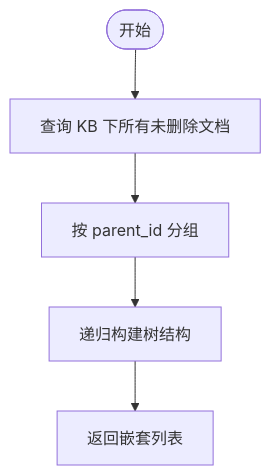
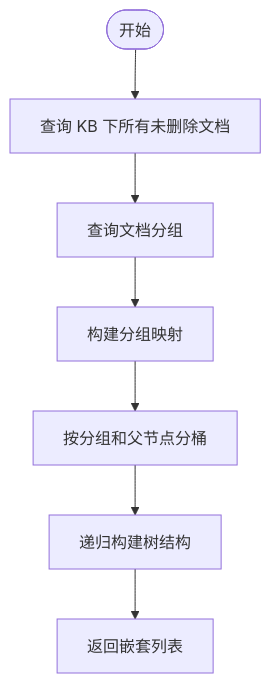
Before and after one commit to beyondalbert/my_wiki: the third of 8 diagrams in .qoder/repowiki/zh/content/架构设计/服务层架构/文档管理服务.md, drawn with Mermaid. The commit also changed other lines of this file and 3 other files, not shown here.

````diff
--- a/.qoder/repowiki/zh/content/架构设计/服务层架构/文档管理服务.md
+++ b/.qoder/repowiki/zh/content/架构设计/服务层架构/文档管理服务.md
@@ -168,7 +178,9 @@
 ```mermaid
 flowchart TD
 Start(["开始"]) --> Query["查询 KB 下所有未删除文档"]
-Query --> Group["按 parent_id 分组"]
-Group --> Build["递归构建树结构"]
+Query --> Groups["查询文档分组"]
+Groups --> GroupMap["构建分组映射"]
+GroupMap --> Bucket["按分组和父节点分桶"]
+Bucket --> Build["递归构建树结构"]
 Build --> Return["返回嵌套列表"]
 ```
````
